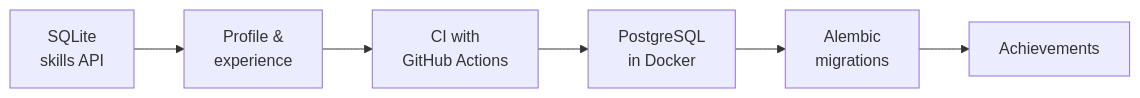
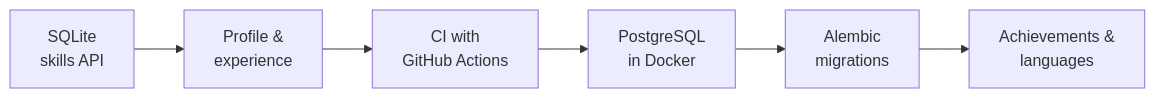
The second of 2 diagrams in README.md (GioStack/career-copilot), drawn with Mermaid before and after one commit. The commit also changed other lines of this file, not shown here.

Commit message:
docs: add languages to README status

````diff
--- a/README.md
+++ b/README.md
@@ -57,4 +57,4 @@
 ```mermaid
 flowchart LR
-    A["SQLite<br/>skills API"] --> B["Profile &<br/>experience"] --> C["CI with<br/>GitHub Actions"] --> D["PostgreSQL<br/>in Docker"] --> E["Alembic<br/>migrations"] --> F["Achievements"]
+    A["SQLite<br/>skills API"] --> B["Profile &<br/>experience"] --> C["CI with<br/>GitHub Actions"] --> D["PostgreSQL<br/>in Docker"] --> E["Alembic<br/>migrations"] --> F["Achievements &<br/>languages"]
 ```
````
